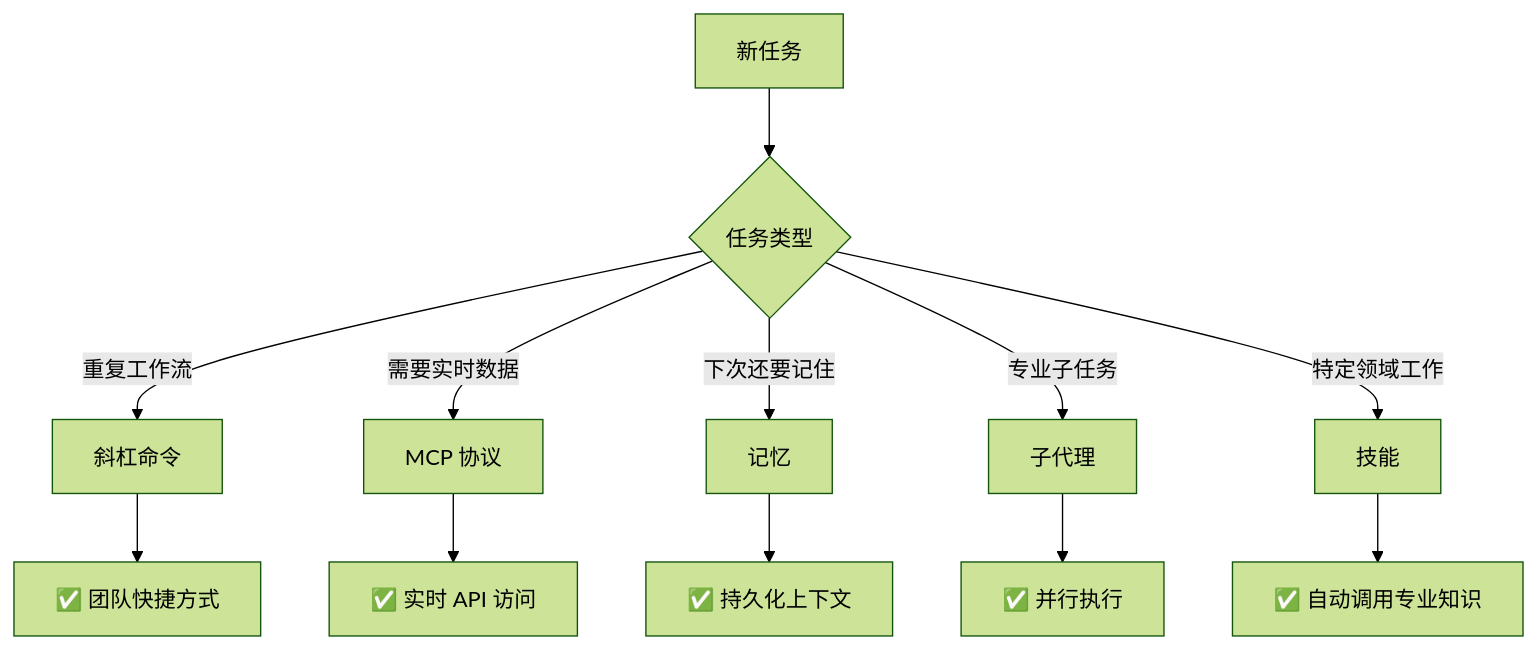
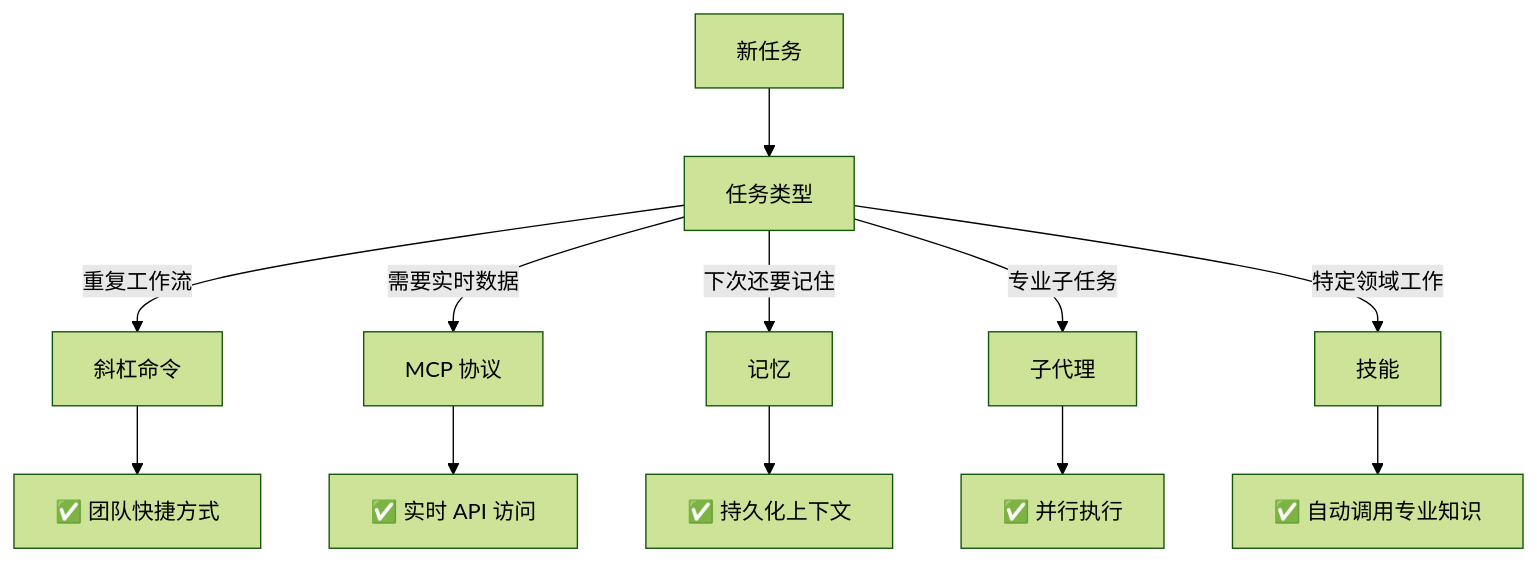
Diagram 30 of 31 in claude_concepts_guide.md (Rx782-Fss/claude-howto-zh), drawn with Mermaid (forest theme) before and after one commit. The commit also changed other lines of this file and 3 other files, not shown here.

Commit message:
fix: 将所有 Mermaid 菱形节点{}中文改为方形[]避免 GitHub Parse error (10处)

````diff
--- a/claude_concepts_guide.md
+++ b/claude_concepts_guide.md
@@ -2712,16 +2712,16 @@
 ```mermaid
 graph TD
-    A["新任务"] --> B{"任务类型"}
+    A["新任务"] --> B["任务类型"]
 
     B -->|重复工作流| C["斜杠命令"]
     B -->|需要实时数据| D["MCP 协议"]
     B -->|下次还要记住| E["记忆"]
     B -->|专业子任务| F["子代理"]
     B -->|特定领域工作| G["技能"]
 
     C --> C1["✅ 团队快捷方式"]
     D --> D1["✅ 实时 API 访问"]
     E --> E1["✅ 持久化上下文"]
     F --> F1["✅ 并行执行"]
     G --> G1["✅ 自动调用专业知识"]
 ```
````
